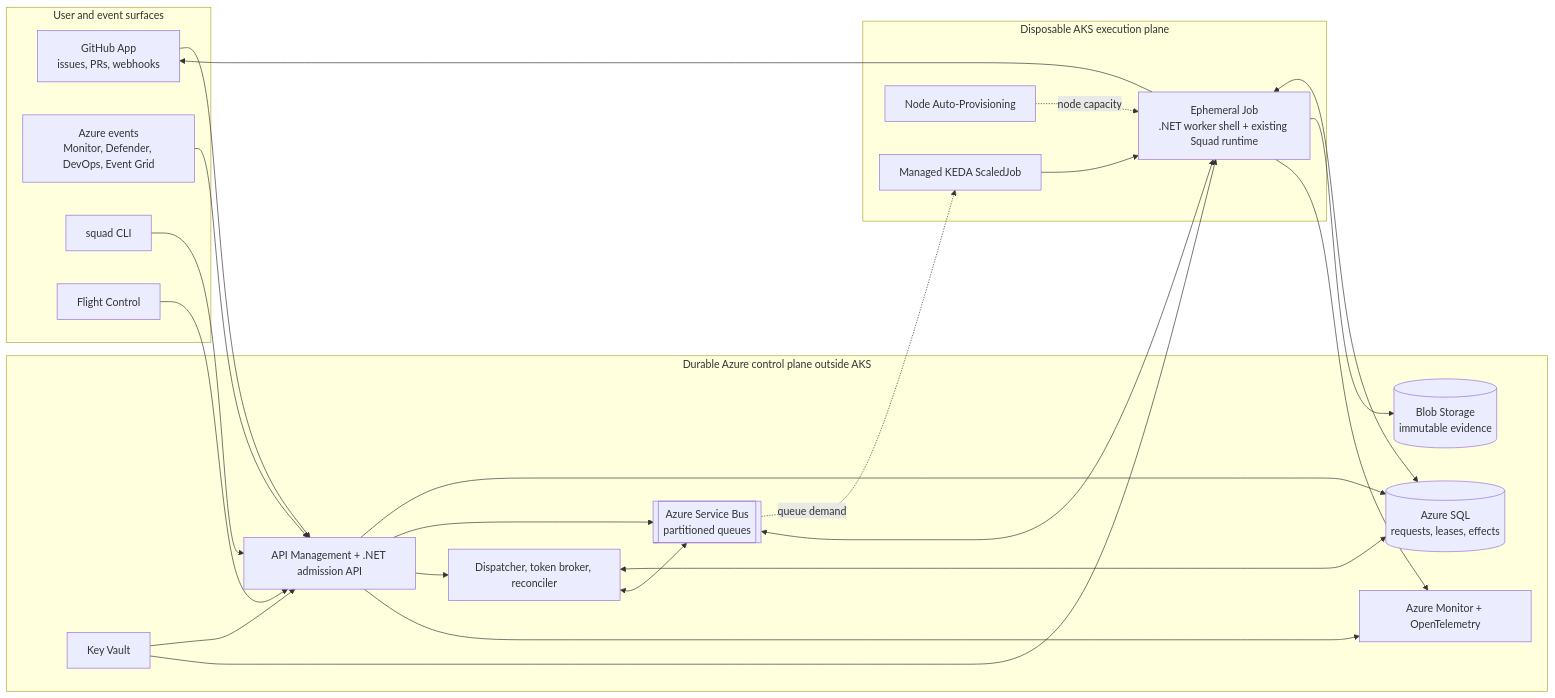
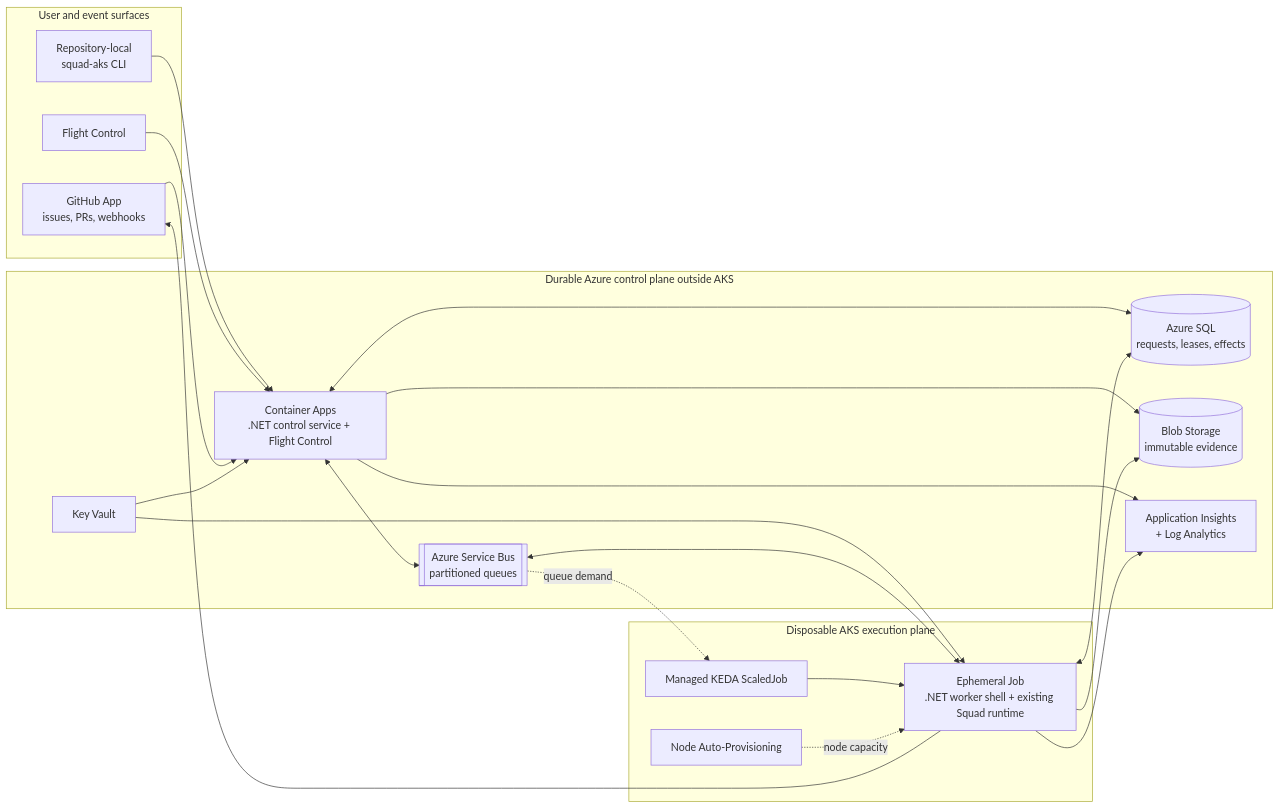
The first of 4 diagrams in README.md (bradygaster/squad-on-aks), drawn with Mermaid before and after one commit. The commit also changed other lines of this file, not shown here.

First line of the commit message:
docs: clarify sample CLI and simplify default topology

````diff
--- a/README.md
+++ b/README.md
@@ -362,46 +376,41 @@
 ```mermaid
 flowchart LR
     subgraph Inputs["User and event surfaces"]
         GH["GitHub App<br/>issues, PRs, webhooks"]
-        AZ["Azure events<br/>Monitor, Defender, DevOps, Event Grid"]
-        CLI["squad CLI"]
+        CLI["Repository-local<br/>squad-aks CLI"]
         FC["Flight Control"]
     end
 
     subgraph Control["Durable Azure control plane outside AKS"]
-        EDGE["API Management + .NET admission API"]
-        DISP["Dispatcher, token broker, reconciler"]
+        CONTROL["Container Apps<br/>.NET control service + Flight Control"]
         SQL[("Azure SQL<br/>requests, leases, effects")]
         SB[["Azure Service Bus<br/>partitioned queues"]]
         BLOB[("Blob Storage<br/>immutable evidence")]
         KV["Key Vault"]
-        OBS["Azure Monitor + OpenTelemetry"]
+        OBS["Application Insights<br/>+ Log Analytics"]
     end
 
     subgraph AKS["Disposable AKS execution plane"]
         KEDA["Managed KEDA ScaledJob"]
         JOB["Ephemeral Job<br/>.NET worker shell + existing Squad runtime"]
         NAP["Node Auto-Provisioning"]
     end
 
-    GH --> EDGE
-    AZ --> EDGE
-    CLI --> EDGE
-    FC --> EDGE
-    EDGE --> SQL
-    EDGE --> SB
-    EDGE --> DISP
-    DISP <--> SQL
-    DISP <--> SB
+    CLI --> CONTROL
+    FC --> CONTROL
+    GH --> CONTROL
+    CONTROL <--> SQL
+    CONTROL <--> SB
+    CONTROL --> BLOB
     SB -. queue demand .-> KEDA
     KEDA --> JOB
     NAP -. node capacity .-> JOB
     JOB <--> SQL
     JOB <--> SB
     JOB --> BLOB
     JOB --> GH
-    KV --> EDGE
+    KV --> CONTROL
     KV --> JOB
-    EDGE --> OBS
+    CONTROL --> OBS
     JOB --> OBS
 ```
````
